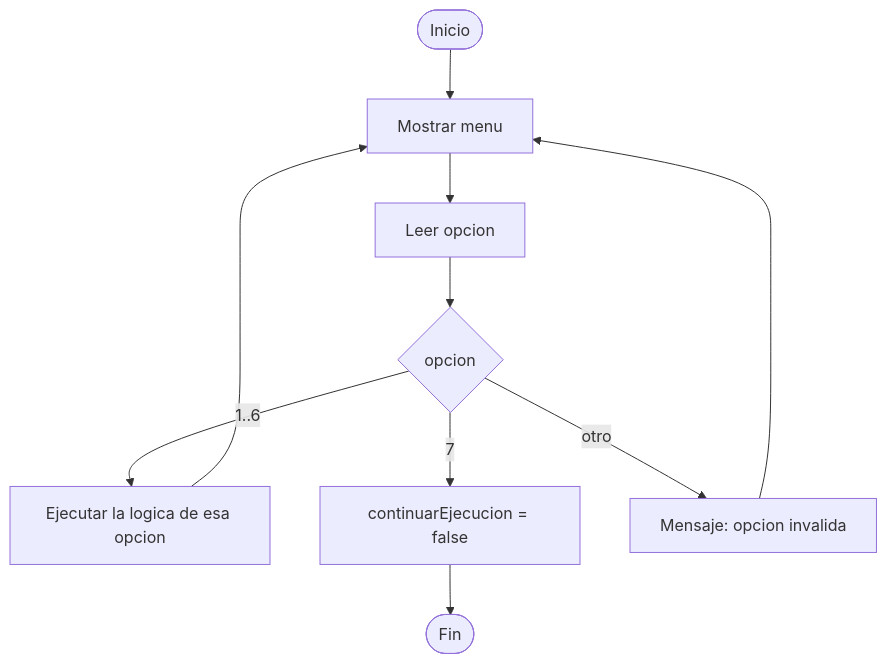
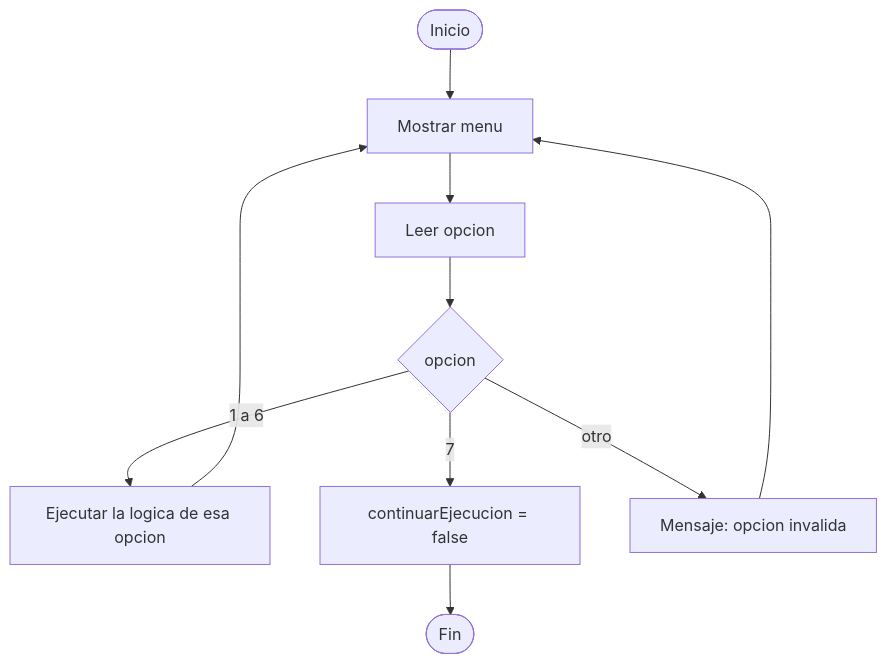
The diagram in GuiaParaConstruirProgramas/Practica1/00_construyendo_el_menu/README.md (edpodev/IPC1-2S-2026), drawn with Mermaid before and after one commit. The commit also changed 16 other files, not shown here.

````diff
--- a/GuiaParaConstruirProgramas/Practica1/00_construyendo_el_menu/README.md
+++ b/GuiaParaConstruirProgramas/Practica1/00_construyendo_el_menu/README.md
@@ -13,12 +13,12 @@
 ```mermaid
 flowchart TD
-    Inicio([Inicio]) --> Mostrar[Mostrar menu]
-    Mostrar --> Leer[Leer opcion]
-    Leer --> Switch{opcion}
-    Switch -->|1..6| Logica[Ejecutar la logica de esa opcion]
+    Inicio(["Inicio"]) --> Mostrar["Mostrar menu"]
+    Mostrar --> Leer["Leer opcion"]
+    Leer --> Switch{"opcion"}
+    Switch -->|"1 a 6"| Logica["Ejecutar la logica de esa opcion"]
     Logica --> Mostrar
-    Switch -->|7| Salir[continuarEjecucion = false]
-    Switch -->|otro| Invalida[Mensaje: opcion invalida]
+    Switch -->|"7"| Salir["continuarEjecucion = false"]
+    Switch -->|"otro"| Invalida["Mensaje: opcion invalida"]
     Invalida --> Mostrar
-    Salir --> Fin([Fin])
+    Salir --> Fin(["Fin"])
 ```
````
